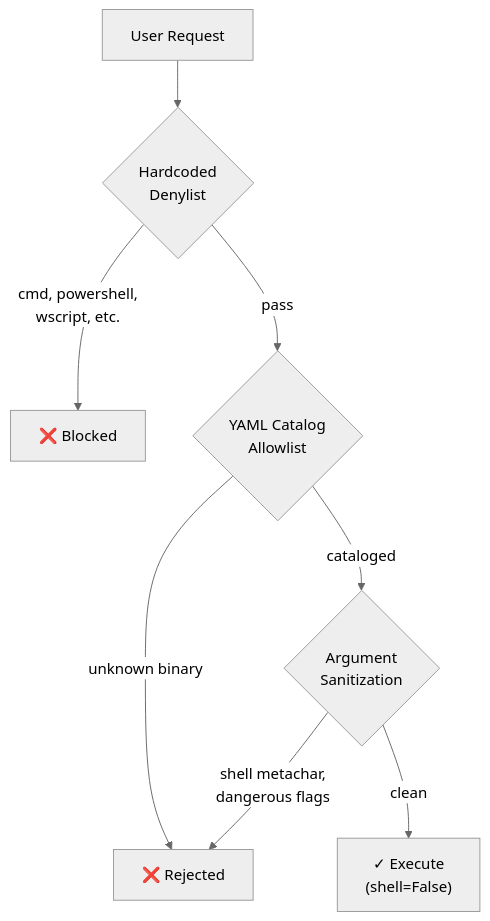
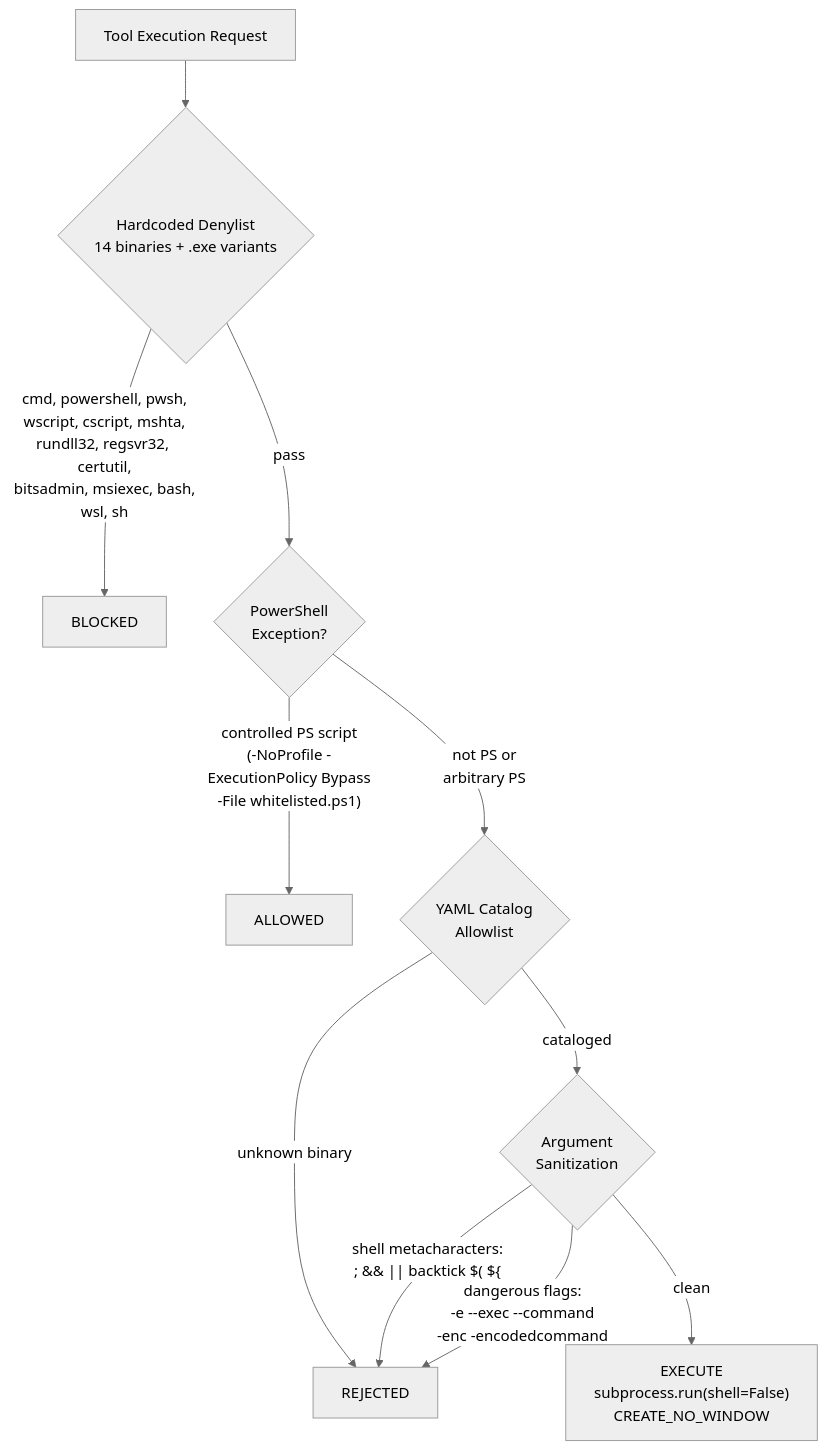
Before and after one commit to AppliedIR/wintools-mcp: the third of 3 diagrams in README.md, drawn with Mermaid (neutral theme). The commit also changed other lines of this file, not shown here.

Commit message:
rewrite README with code-verified content and architecture diagrams

````diff
--- a/README.md
+++ b/README.md
@@ -338,10 +114,13 @@
 ```mermaid
 graph TB
-    INPUT["User Request"] --> D{"Hardcoded<br/>Denylist"}
-    D -->|"cmd, powershell,<br/>wscript, etc."| BLOCKED["❌ Blocked"]
-    D -->|"pass"| A{"YAML Catalog<br/>Allowlist"}
-    A -->|"unknown binary"| REJECTED["❌ Rejected"]
+    INPUT["Tool Execution Request"] --> D{"Hardcoded Denylist<br/>14 binaries + .exe variants"}
+    D -->|"cmd, powershell, pwsh,<br/>wscript, cscript, mshta,<br/>rundll32, regsvr32, certutil,<br/>bitsadmin, msiexec, bash,<br/>wsl, sh"| BLOCKED["BLOCKED"]
+    D -->|"pass"| PS{"PowerShell<br/>Exception?"}
+    PS -->|"controlled PS script<br/>(-NoProfile -ExecutionPolicy Bypass<br/>-File whitelisted.ps1)"| ALLOW["ALLOWED"]
+    PS -->|"not PS or<br/>arbitrary PS"| A{"YAML Catalog<br/>Allowlist"}
+    A -->|"unknown binary"| REJECTED["REJECTED"]
     A -->|"cataloged"| S{"Argument<br/>Sanitization"}
-    S -->|"shell metachar,<br/>dangerous flags"| REJECTED
-    S -->|"clean"| E["✓ Execute<br/>(shell=False)"]
+    S -->|"shell metacharacters:<br/>; && || backtick $( ${"| REJECTED
+    S -->|"dangerous flags:<br/>-e --exec --command<br/>-enc -encodedcommand"| REJECTED
+    S -->|"clean"| E["EXECUTE<br/>subprocess.run(shell=False)<br/>CREATE_NO_WINDOW"]
 ```
````
